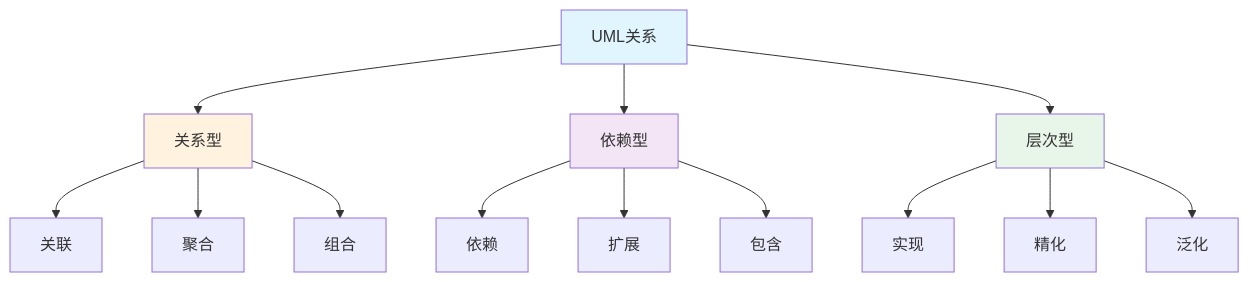
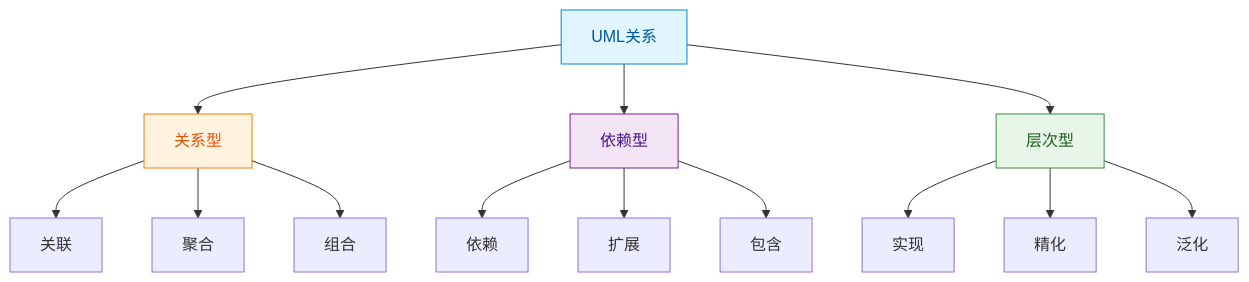
One commit to FreezeSoul/freezesoul.github.com changed the fourth of 14 diagrams in _posts/2012-12-15-thinking-in-uml.md. Above: the diagram before and after it, drawn with Mermaid. The commit also changed other lines of this file and 9 other files, not shown here.

Commit message:
修正mermaid配色与要求

````diff
--- a/_posts/2012-12-15-thinking-in-uml.md
+++ b/_posts/2012-12-15-thinking-in-uml.md
@@ -283,23 +283,23 @@
 ```mermaid
 graph TD
     A[UML关系] --> B[关系型]
     A --> C[依赖型]
     A --> D[层次型]
 
     B --> E[关联]
     B --> F[聚合]
     B --> G[组合]
 
     C --> H[依赖]
     C --> I[扩展]
     C --> J[包含]
 
     D --> K[实现]
     D --> L[精化]
     D --> M[泛化]
 
-    style A fill:#e1f5ff
-    style B fill:#fff3e0
-    style C fill:#f3e5f5
-    style D fill:#e8f5e9
+    style A fill:#e1f5ff,stroke:#0288d1,color:#01579b
+    style B fill:#fff3e0,stroke:#f57c00,color:#e65100
+    style C fill:#f3e5f5,stroke:#7b1fa2,color:#4a148c
+    style D fill:#e8f5e9,stroke:#388e3c,color:#1b5e20
 ```
````
